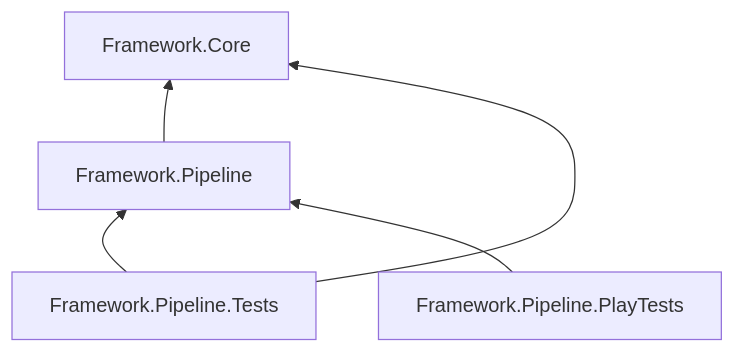
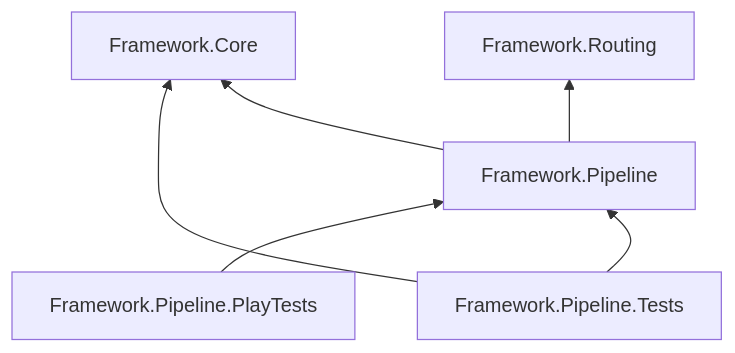
Before and after one commit to MgCohen/Card-Framework: the second of 2 diagrams in Product/spikes/infra-command-pipeline.md, drawn with Mermaid. The commit also changed other lines of this file, not shown here.

Commit message:
Pipeline spike: Framework.Routing (router D14); ARCH-02 row in build step 1

````diff
--- a/Product/spikes/infra-command-pipeline.md
+++ b/Product/spikes/infra-command-pipeline.md
@@ -440,7 +440,8 @@
 ```mermaid
 flowchart BT
   P["Framework.Pipeline"] --> C["Framework.Core"]
+  P --> R["Framework.Routing"]
   T["Framework.Pipeline.Tests"] --> P
   T --> C
   PT["Framework.Pipeline.PlayTests"] --> P
 ```
````
